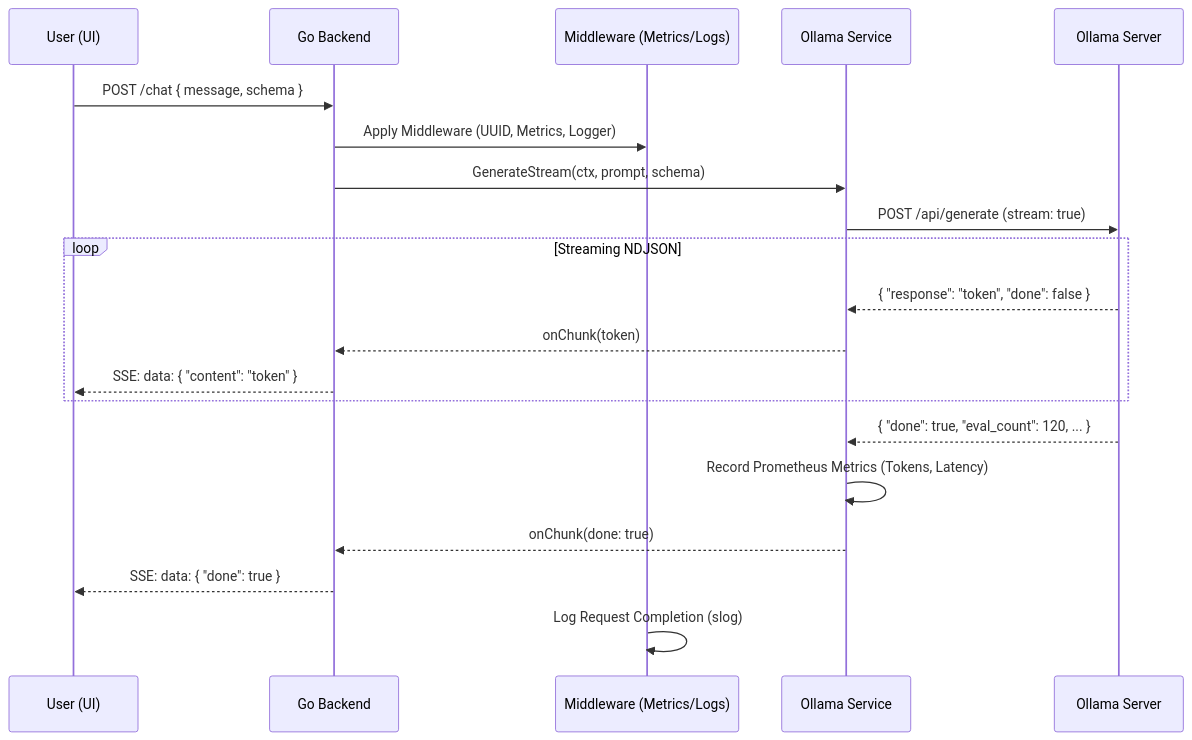
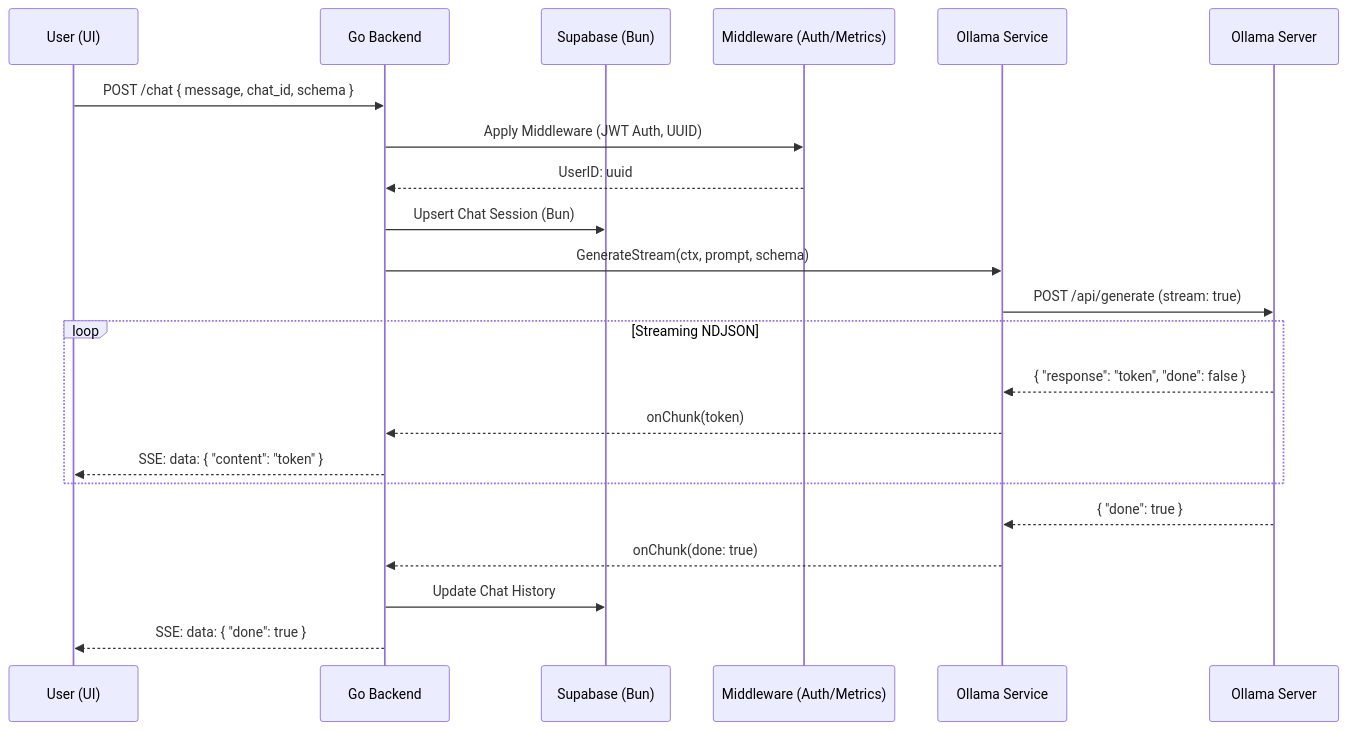
The diagram in docs/ARCHITECTURE.md (iamtalharazzaq/promptOps-engine), drawn with Mermaid before and after one commit. The commit also changed other lines of this file and 31 other files, not shown here.

````diff
--- a/docs/ARCHITECTURE.md
+++ b/docs/ARCHITECTURE.md
@@ -52,25 +53,27 @@
 ```mermaid
 sequenceDiagram
     participant U as User (UI)
     participant B as Go Backend
-    participant M as Middleware (Metrics/Logs)
+    participant DB as Supabase (Bun)
+    participant M as Middleware (Auth/Metrics)
     participant O as Ollama Service
     participant S as Ollama Server
 
-    U->>B: POST /chat { message, schema }
-    B->>M: Apply Middleware (UUID, Metrics, Logger)
+    U->>B: POST /chat { message, chat_id, schema }
+    B->>M: Apply Middleware (JWT Auth, UUID)
+    M-->>B: UserID: uuid
+    B->>DB: Upsert Chat Session (Bun)
     B->>O: GenerateStream(ctx, prompt, schema)
     O->>S: POST /api/generate (stream: true)
     
     loop Streaming NDJSON
         S-->>O: { "response": "token", "done": false }
         O-->>B: onChunk(token)
         B-->>U: SSE: data: { "content": "token" }
     end
 
-    S-->>O: { "done": true, "eval_count": 120, ... }
-    O->>O: Record Prometheus Metrics (Tokens, Latency)
+    S-->>O: { "done": true }
     O-->>B: onChunk(done: true)
+    B->>DB: Update Chat History
     B-->>U: SSE: data: { "done": true }
-    M->>M: Log Request Completion (slog)
 ```
````
